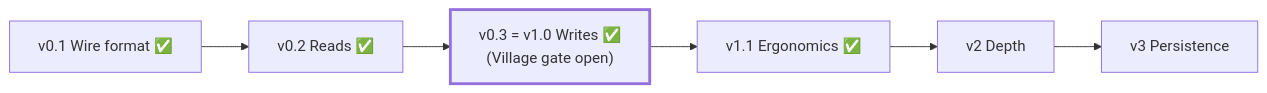
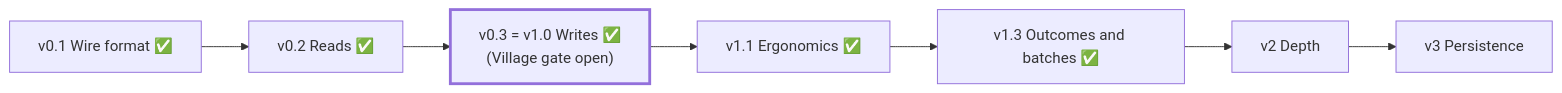
One commit to winsmith/ion-kit changed the second of 2 diagrams in docs/ARCHITECTURE.md. Above: the diagram before and after it, drawn with Mermaid. The commit also changed other lines of this file and 9 other files, not shown here.

````diff
--- a/docs/ARCHITECTURE.md
+++ b/docs/ARCHITECTURE.md
@@ -442,5 +456,5 @@
 ```mermaid
 flowchart LR
-    v01["v0.1 Wire format ✅"] --> v02["v0.2 Reads ✅"] --> v03["v0.3 = v1.0 Writes ✅<br/>(Village gate open)"] --> v1x["v1.1 Ergonomics ✅"] --> v2["v2 Depth"] --> v3["v3 Persistence"]
+    v01["v0.1 Wire format ✅"] --> v02["v0.2 Reads ✅"] --> v03["v0.3 = v1.0 Writes ✅<br/>(Village gate open)"] --> v1x["v1.1 Ergonomics ✅"] --> v13["v1.3 Outcomes and batches ✅"] --> v2["v2 Depth"] --> v3["v3 Persistence"]
     style v03 stroke-width:3px
 ```
````
